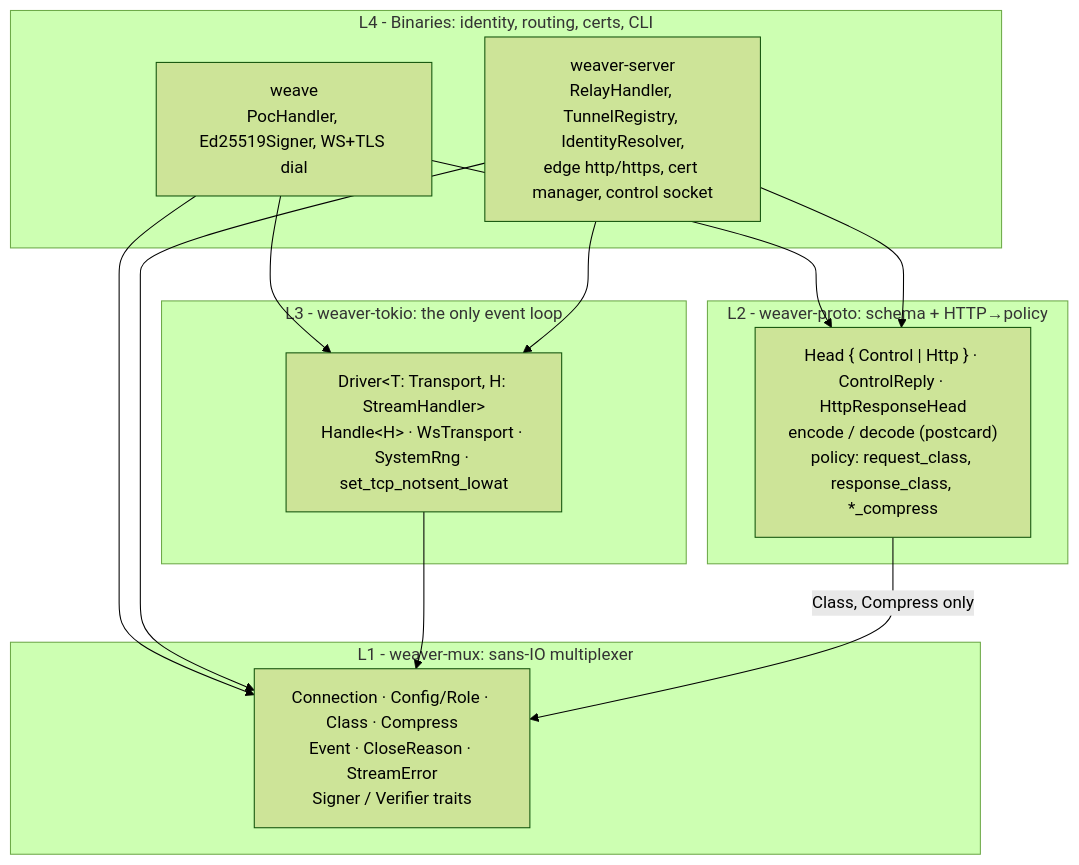
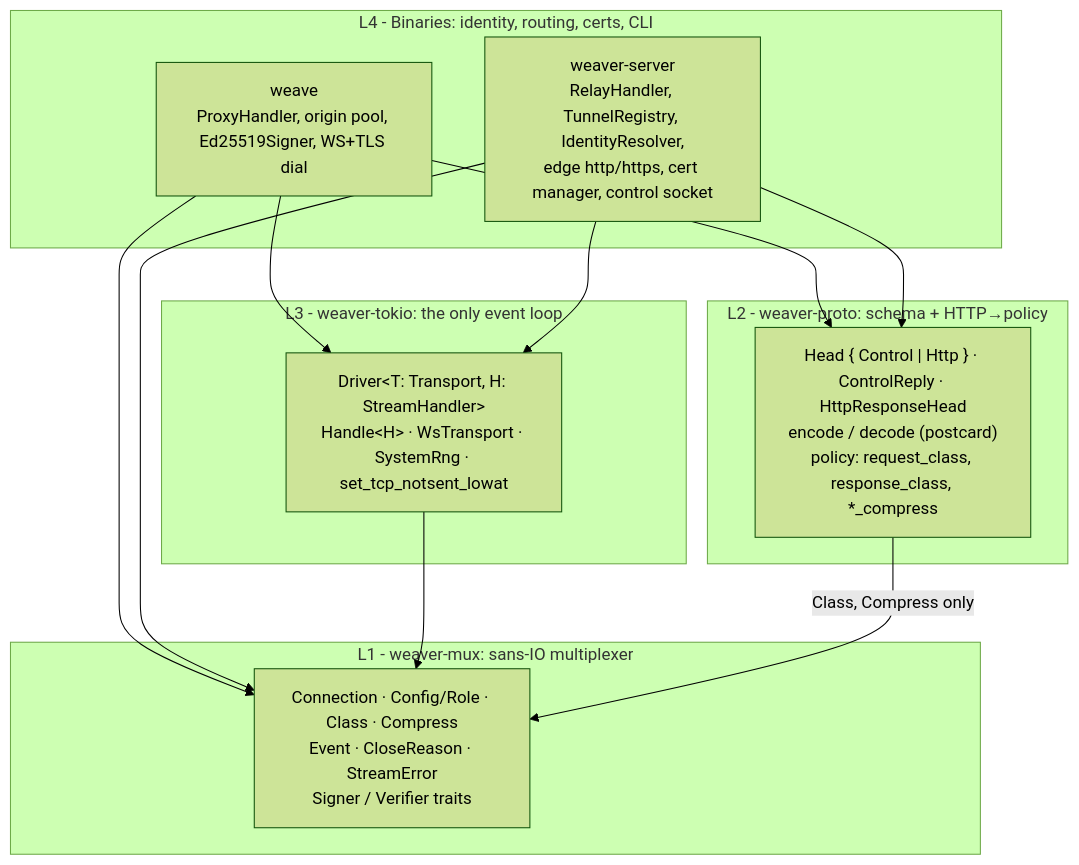
One commit to OffworldNexus/tunnel-weaver changed the first of 13 diagrams in docs/architecture.md. Above: the diagram before and after it, drawn with Mermaid (forest theme). The commit also changed other lines of this file and 32 other files, not shown here.

````diff
--- a/docs/architecture.md
+++ b/docs/architecture.md
@@ -14,20 +14,20 @@
 ```mermaid
 flowchart TB
     subgraph L4["L4 - Binaries: identity, routing, certs, CLI"]
-        weave["weave<br/>PocHandler, Ed25519Signer, WS+TLS dial"]
+        weave["weave<br/>ProxyHandler, origin pool, Ed25519Signer, WS+TLS dial"]
         server["weaver-server<br/>RelayHandler, TunnelRegistry, IdentityResolver,<br/>edge http/https, cert manager, control socket"]
     end
     subgraph L3["L3 - weaver-tokio: the only event loop"]
         tokio["Driver&lt;T: Transport, H: StreamHandler&gt;<br/>Handle&lt;H&gt; · WsTransport · SystemRng · set_tcp_notsent_lowat"]
     end
     subgraph L2["L2 - weaver-proto: schema + HTTP→policy"]
         proto["Head { Control | Http } · ControlReply · HttpResponseHead<br/>encode / decode (postcard)<br/>policy: request_class, response_class, *_compress"]
     end
     subgraph L1["L1 - weaver-mux: sans-IO multiplexer"]
         mux["Connection · Config/Role · Class · Compress<br/>Event · CloseReason · StreamError<br/>Signer / Verifier traits"]
     end
     weave --> tokio & proto & mux
     server --> tokio & proto & mux
     tokio --> mux
     proto -- "Class, Compress only" --> mux
 ```
````
